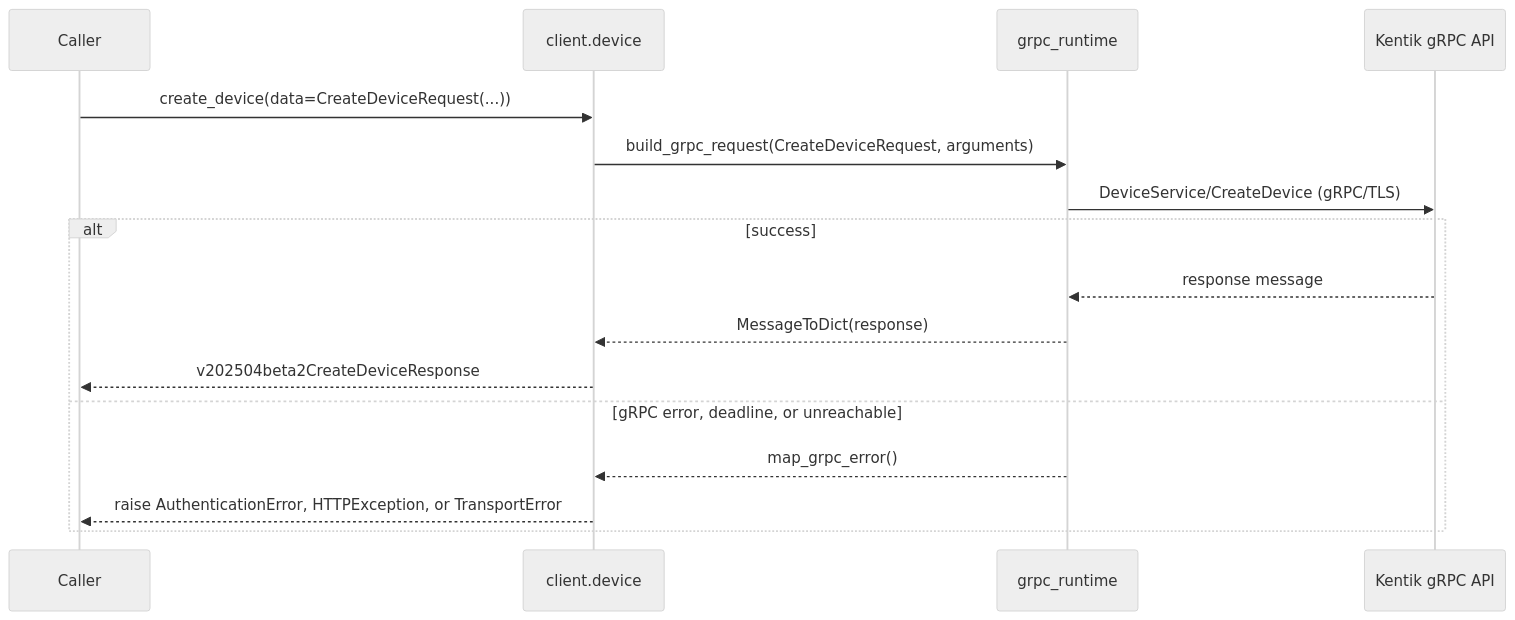
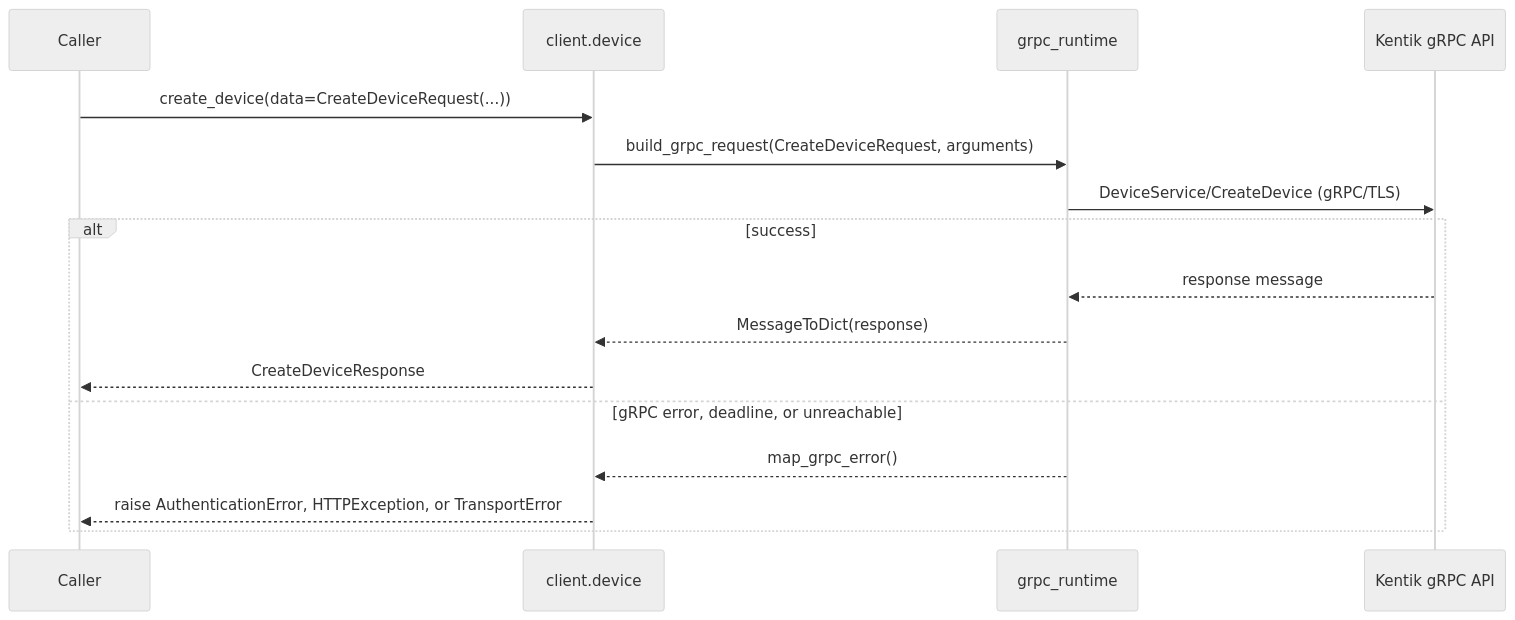
Before and after one commit to alexdearaujo/community_sdk_python: the fifth of 22 diagrams in docs/sphinx/services/device.md, drawn with Mermaid (neutral theme). The commit also changed other lines of this file and 38 other files, not shown here.

````diff
--- a/docs/sphinx/services/device.md
+++ b/docs/sphinx/services/device.md
@@ -134,19 +134,19 @@
 ```mermaid
 sequenceDiagram
     participant C as Caller
     participant W as client.device
     participant R as grpc_runtime
     participant API as Kentik gRPC API
 
     C->>W: create_device(data=CreateDeviceRequest(...))
     W->>R: build_grpc_request(CreateDeviceRequest, arguments)
     R->>API: DeviceService/CreateDevice (gRPC/TLS)
     alt success
         API-->>R: response message
         R-->>W: MessageToDict(response)
-        W-->>C: v202504beta2CreateDeviceResponse
+        W-->>C: CreateDeviceResponse
     else gRPC error, deadline, or unreachable
         R-->>W: map_grpc_error()
         W-->>C: raise AuthenticationError, HTTPException, or TransportError
     end
 ```
````
